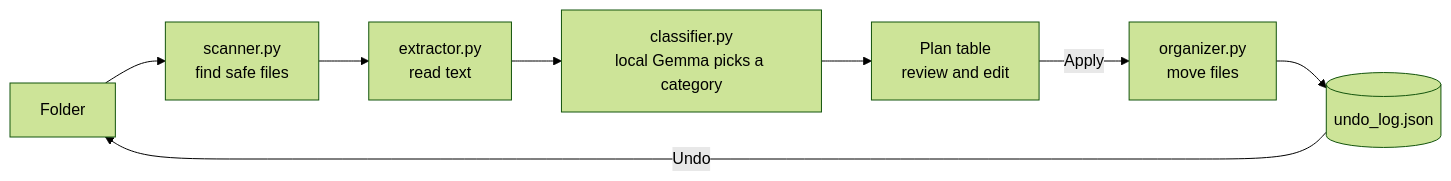
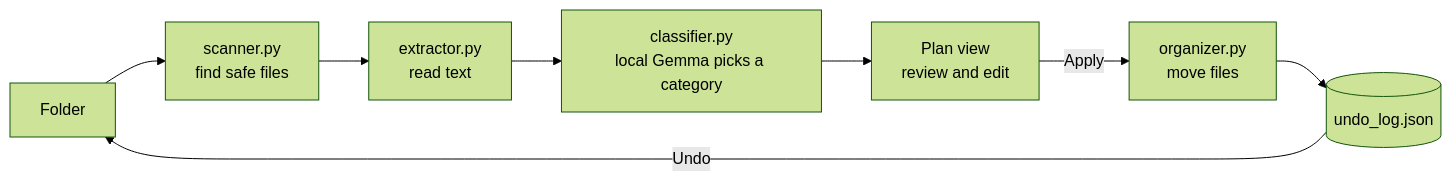
One commit to mauryasagar/ai-file-organizer changed the first of 2 diagrams in README.md. Above: the diagram before and after it, drawn with Mermaid (forest theme). The commit also changed other lines of this file and 2 other files, not shown here.

````diff
--- a/README.md
+++ b/README.md
@@ -55,10 +58,10 @@
 ```mermaid
 flowchart LR
     A[Folder] --> B[scanner.py<br/>find safe files]
     B --> C[extractor.py<br/>read text]
     C --> D[classifier.py<br/>local Gemma picks a category]
-    D --> E[Plan table<br/>review and edit]
+    D --> E[Plan view<br/>review and edit]
     E -->|Apply| F[organizer.py<br/>move files]
     F --> G[(undo_log.json)]
     G -->|Undo| A
 ```
````
